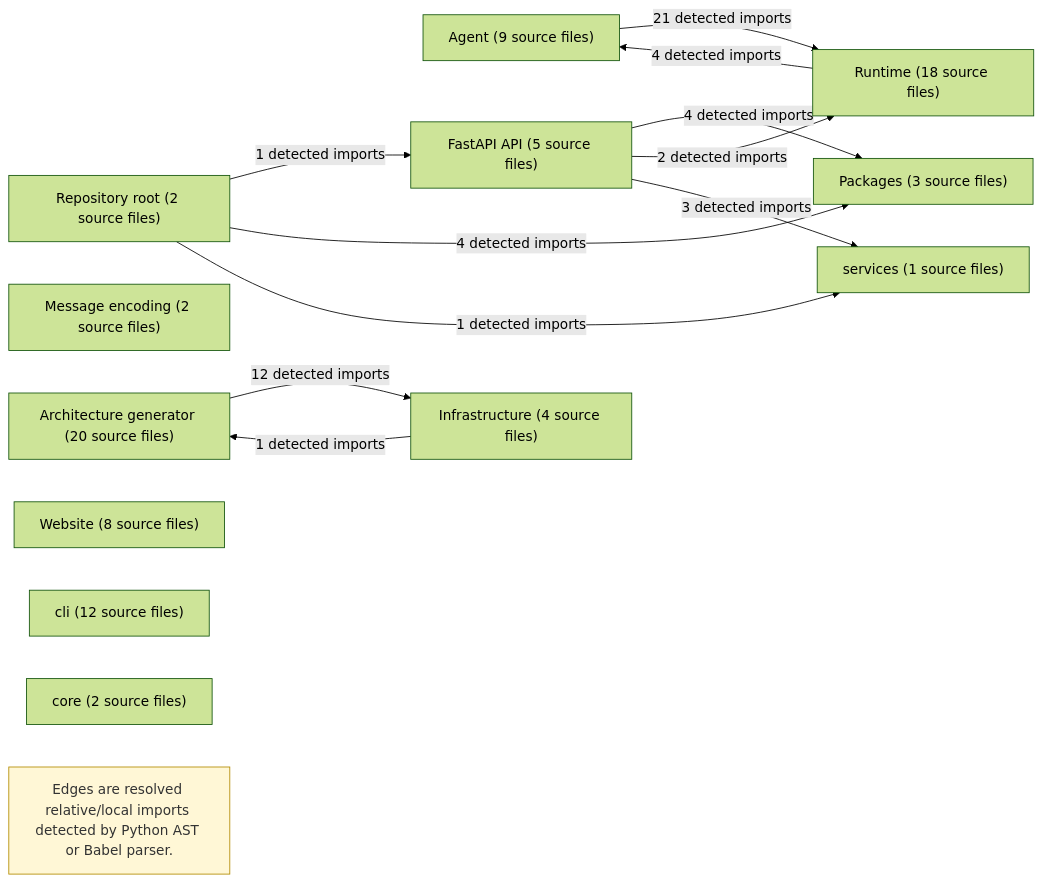
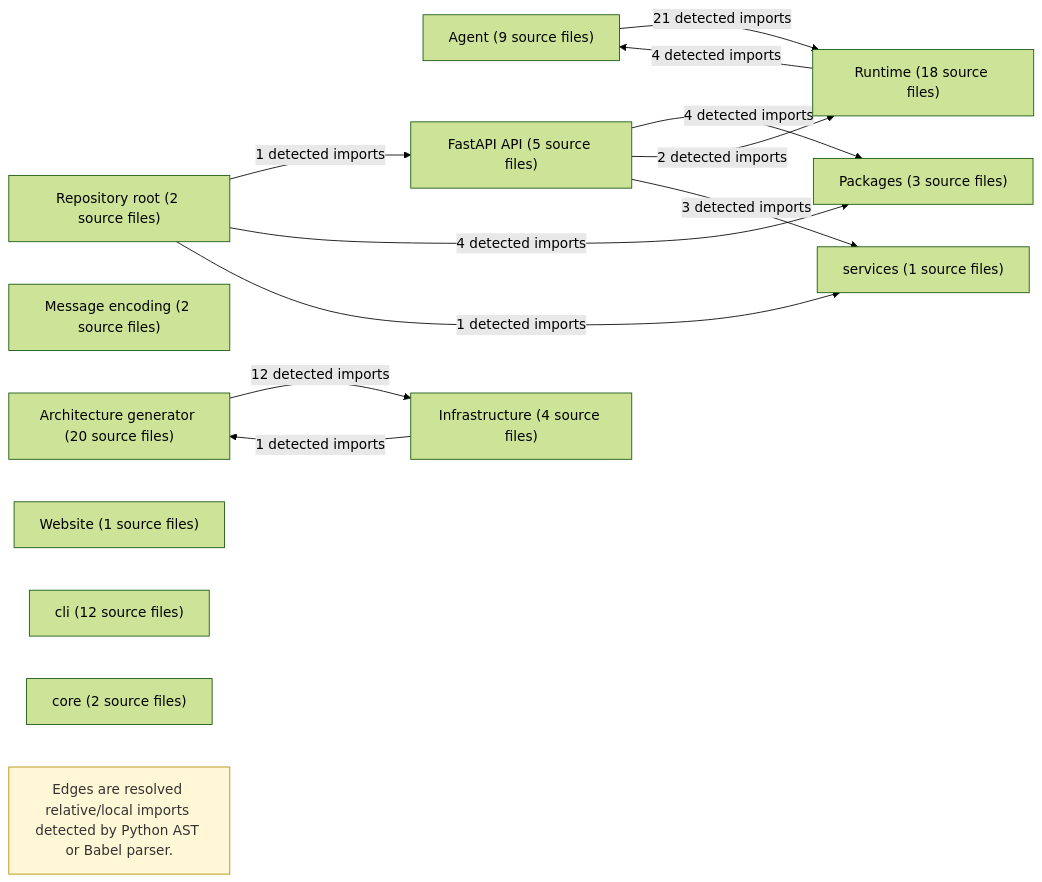
One commit to TheWildKaden/ArdvarkFood changed the diagram in docs/architecture/modules.mmd. Above: the diagram before and after it, drawn with Mermaid (forest theme). The commit also changed 82 other files, not shown here.

```diff
--- a/docs/architecture/modules.mmd
+++ b/docs/architecture/modules.mmd
@@ -1,26 +1,26 @@
 flowchart LR
   Agent["Agent (9 source files)"]
   Architecture_generator["Architecture generator (20 source files)"]
   FastAPI_API["FastAPI API (5 source files)"]
   Infrastructure["Infrastructure (4 source files)"]
   Message_encoding["Message encoding (2 source files)"]
   Packages["Packages (3 source files)"]
   Repository_root["Repository root (2 source files)"]
   Runtime["Runtime (18 source files)"]
-  Website["Website (8 source files)"]
+  Website["Website (1 source files)"]
   cli["cli (12 source files)"]
   core["core (2 source files)"]
   services["services (1 source files)"]
   Agent -->|"21 detected imports"| Runtime
   Architecture_generator -->|"12 detected imports"| Infrastructure
   FastAPI_API -->|"4 detected imports"| Packages
   FastAPI_API -->|"2 detected imports"| Runtime
   FastAPI_API -->|"3 detected imports"| services
   Infrastructure -->|"1 detected imports"| Architecture_generator
   Repository_root -->|"1 detected imports"| FastAPI_API
   Repository_root -->|"4 detected imports"| Packages
   Repository_root -->|"1 detected imports"| services
   Runtime -->|"4 detected imports"| Agent
   analysis_note_0["Edges are resolved relative/local imports detected by Python AST or Babel parser."]
   class analysis_note_0 note
   classDef note fill:#fff7d6,stroke:#b38b00,color:#333
```
